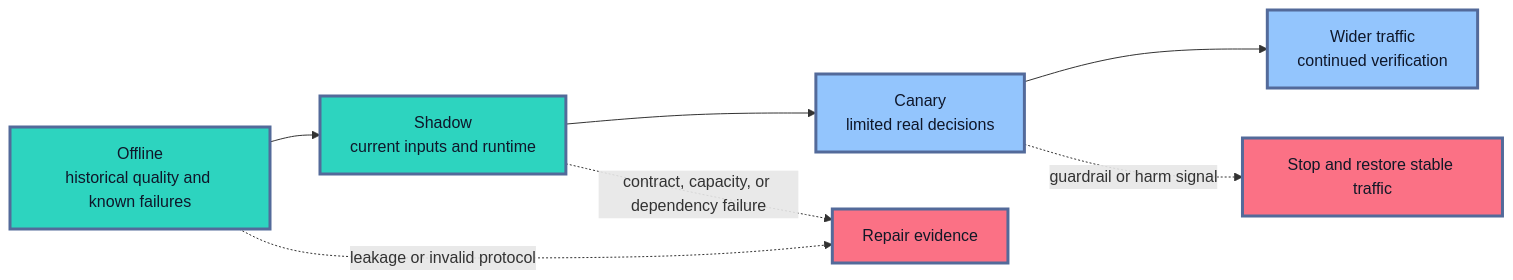
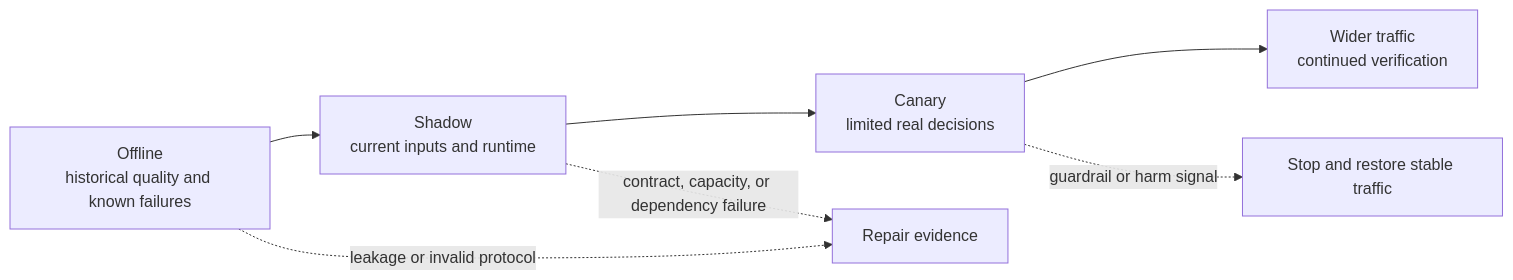
Before and after one commit to senlinyy/dev-roadmaps: the third of 3 diagrams in roadmaps/mlops/modules/model-evaluation/release-decisions/01-candidate-vs-production-model.md, drawn with Mermaid. The commit also changed other lines of this file and 152 other files, not shown here.

Commit message:
feat: mlops and diagrams updated

````diff
--- a/roadmaps/mlops/modules/model-evaluation/release-decisions/01-candidate-vs-production-model.md
+++ b/roadmaps/mlops/modules/model-evaluation/release-decisions/01-candidate-vs-production-model.md
@@ -284,17 +277,14 @@
 ```mermaid
 flowchart LR
     O["Offline<br/>historical quality and known failures"] --> S["Shadow<br/>current inputs and runtime"]
     S --> C["Canary<br/>limited real decisions"]
     C --> W["Wider traffic<br/>continued verification"]
 
     O -. "leakage or invalid protocol" .-> H["Repair evidence"]
     S -. "contract, capacity, or dependency failure" .-> H
     C -. "guardrail or harm signal" .-> R["Stop and restore stable traffic"]
 
-    classDef evidence fill:#2DD4BF,stroke:#536A9A,stroke-width:3px,color:#0F172A
-    classDef live fill:#93C5FD,stroke:#536A9A,stroke-width:3px,color:#0F172A
-    classDef hold fill:#FB7185,stroke:#536A9A,stroke-width:3px,color:#111827
     class O,S evidence
     class C,W live
     class H,R hold
 ```
````
